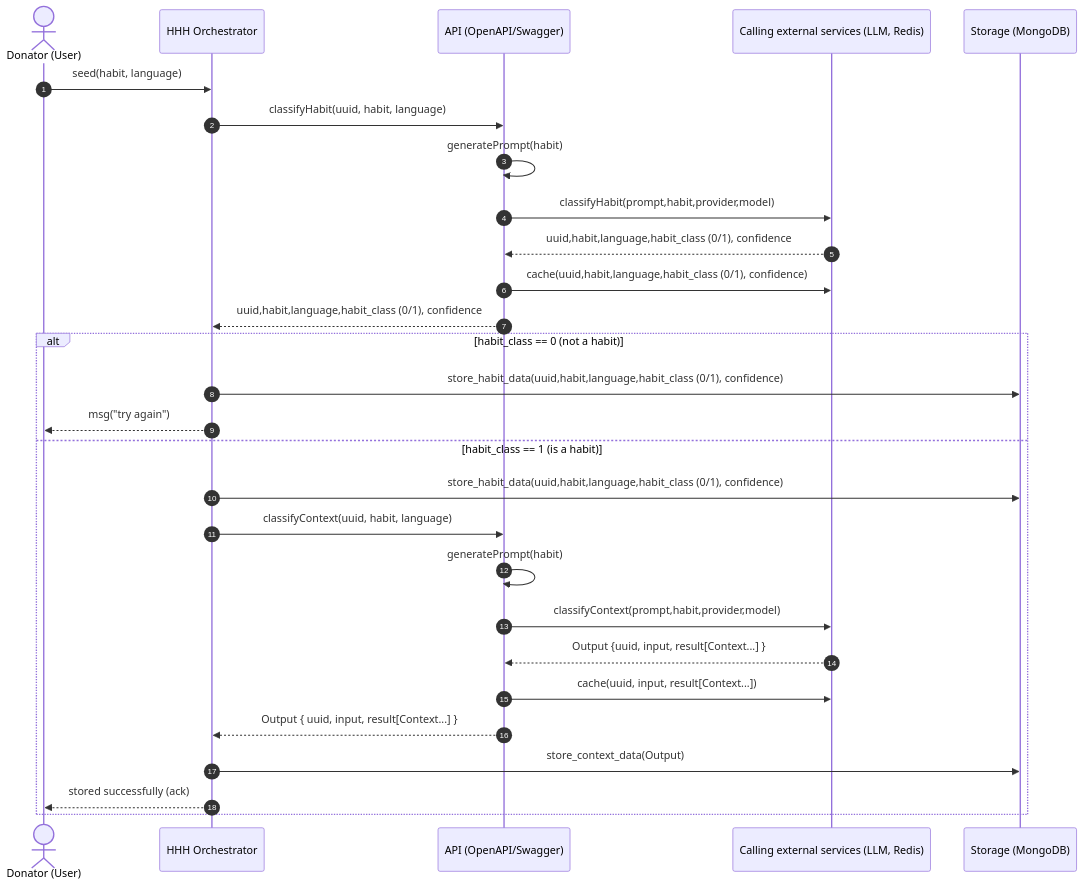
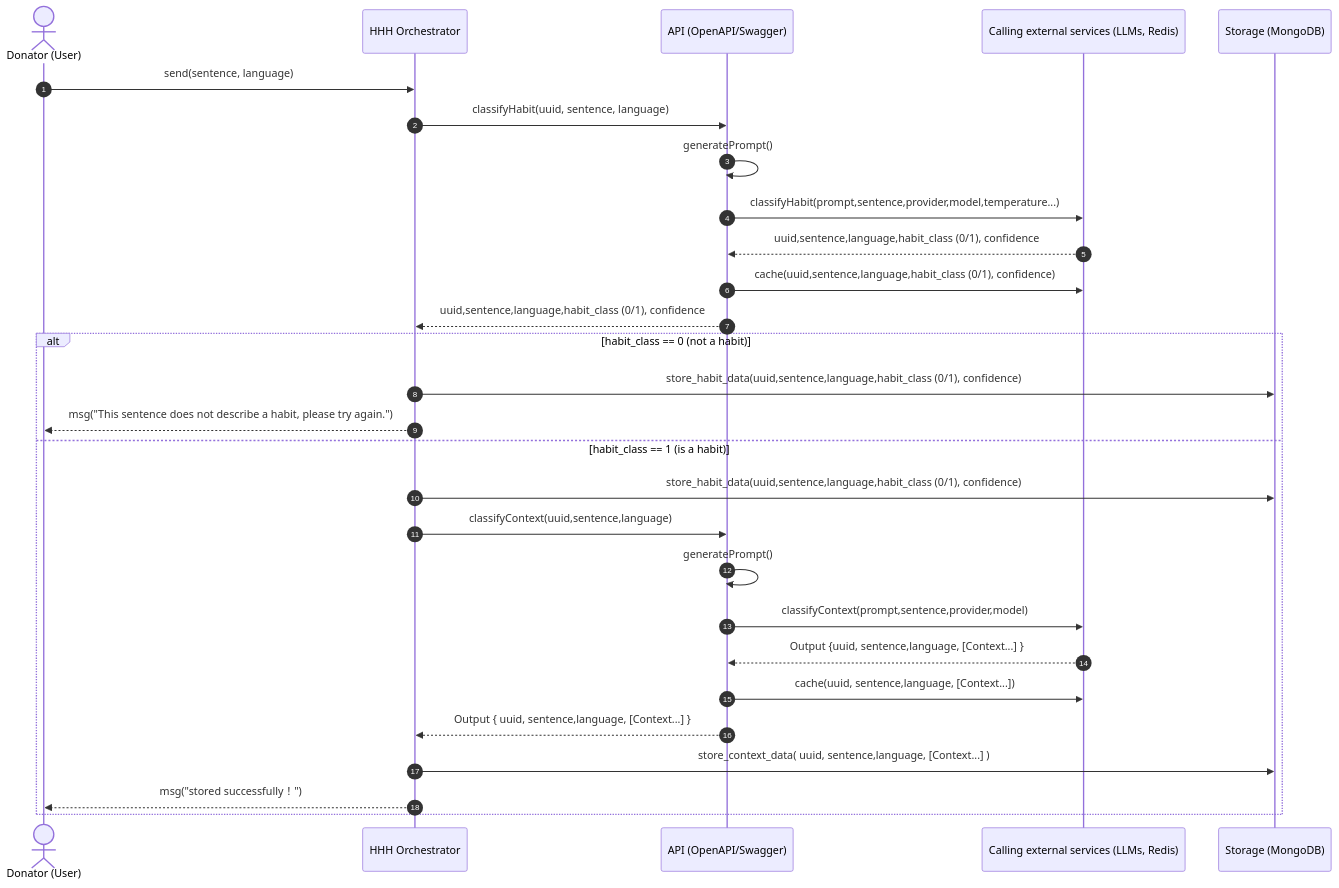
Before and after one commit to helict/health-habit-hub: the second of 2 diagrams in Pipeline/README.md, drawn with Mermaid. The commit also changed other lines of this file and 10 other files, not shown here.

Commit message:
docs: add flowchart diagram to README

````diff
--- a/Pipeline/README.md
+++ b/Pipeline/README.md
@@ -11,32 +32,32 @@
 ```mermaid
 sequenceDiagram
     autonumber
     actor Donator as Donator (User)
     participant HHH as HHH Orchestrator
     participant API as API (OpenAPI/Swagger)
-    participant LLM as Calling external services (LLM, Redis)
+    participant LLM as Calling external services (LLMs, Redis)
     participant DB as Storage (MongoDB)
 
-    Donator->>HHH: seed(habit, language)
-    HHH->>API: classifyHabit(uuid, habit, language)
-    API->>API: generatePrompt(habit)
-    API->>LLM: classifyHabit(prompt,habit,provider,model)
-    LLM-->>API: uuid,habit,language,habit_class (0/1), confidence
-    API->>LLM: cache(uuid,habit,language,habit_class (0/1), confidence)
-    API-->>HHH: uuid,habit,language,habit_class (0/1), confidence
+    Donator->>HHH: send(sentence, language)
+    HHH->>API: classifyHabit(uuid, sentence, language)
+    API->>API: generatePrompt()
+    API->>LLM: classifyHabit(prompt,sentence,provider,model,temperature...)
+    LLM-->>API: uuid,sentence,language,habit_class (0/1), confidence
+    API->>LLM: cache(uuid,sentence,language,habit_class (0/1), confidence)
+    API-->>HHH: uuid,sentence,language,habit_class (0/1), confidence
 
     alt habit_class == 0 (not a habit)
-        HHH->>DB: store_habit_data(uuid,habit,language,habit_class (0/1), confidence)
-        HHH-->>Donator: msg("try again")
+        HHH->>DB: store_habit_data(uuid,sentence,language,habit_class (0/1), confidence)
+        HHH-->>Donator: msg("This sentence does not describe a habit, please try again.")
     else habit_class == 1 (is a habit)
-        HHH->>DB: store_habit_data(uuid,habit,language,habit_class (0/1), confidence)
-        HHH->>API: classifyContext(uuid, habit, language)
-        API->>API: generatePrompt(habit)
-        API->>LLM: classifyContext(prompt,habit,provider,model)
-        LLM-->>API: Output {uuid, input, result[Context...] }
-        API->>LLM: cache(uuid, input, result[Context...])
-        API-->>HHH: Output { uuid, input, result[Context...] }
-        HHH->>DB: store_context_data(Output)
-        HHH-->>Donator: stored successfully (ack)
+        HHH->>DB: store_habit_data(uuid,sentence,language,habit_class (0/1), confidence)
+        HHH->>API: classifyContext(uuid,sentence,language)
+        API->>API: generatePrompt()
+        API->>LLM: classifyContext(prompt,sentence,provider,model)
+        LLM-->>API: Output {uuid, sentence,language, [Context...] }
+        API->>LLM: cache(uuid, sentence,language, [Context...])
+        API-->>HHH: Output { uuid, sentence,language, [Context...] }
+        HHH->>DB: store_context_data( uuid, sentence,language, [Context...] )
+        HHH-->>Donator: msg("stored successfully！")
     end
 ```
````
